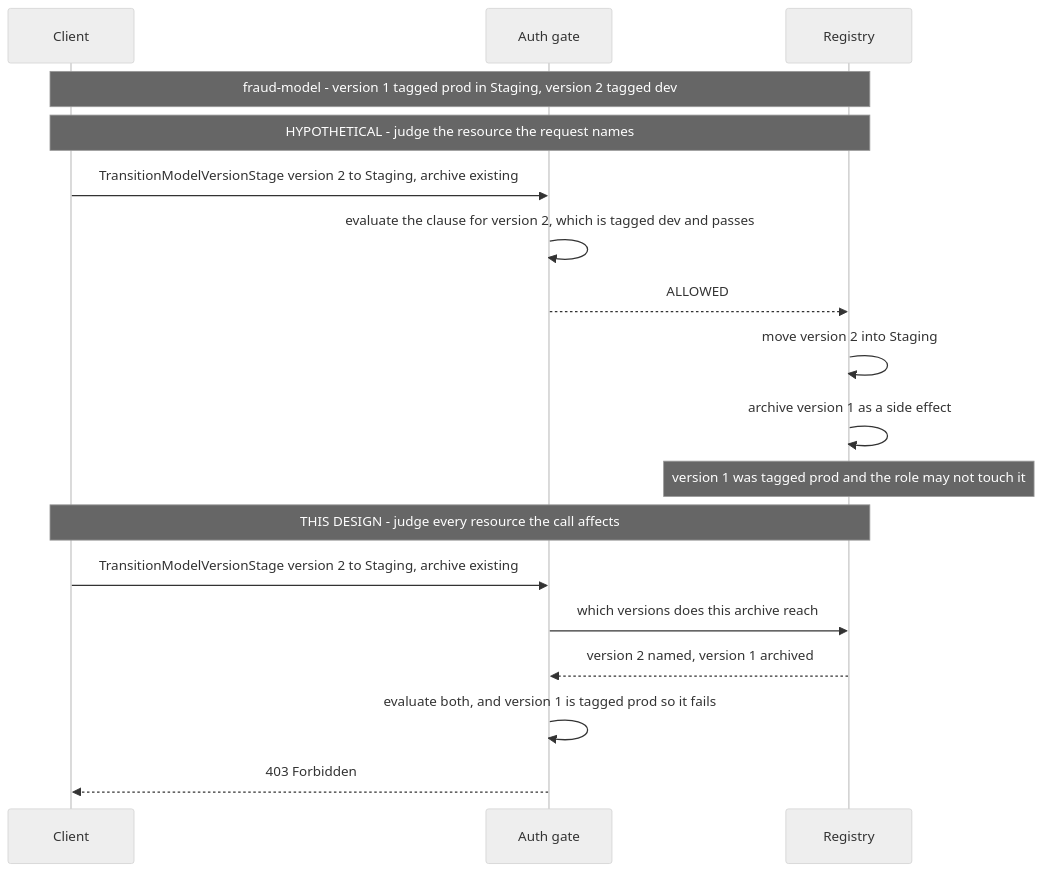
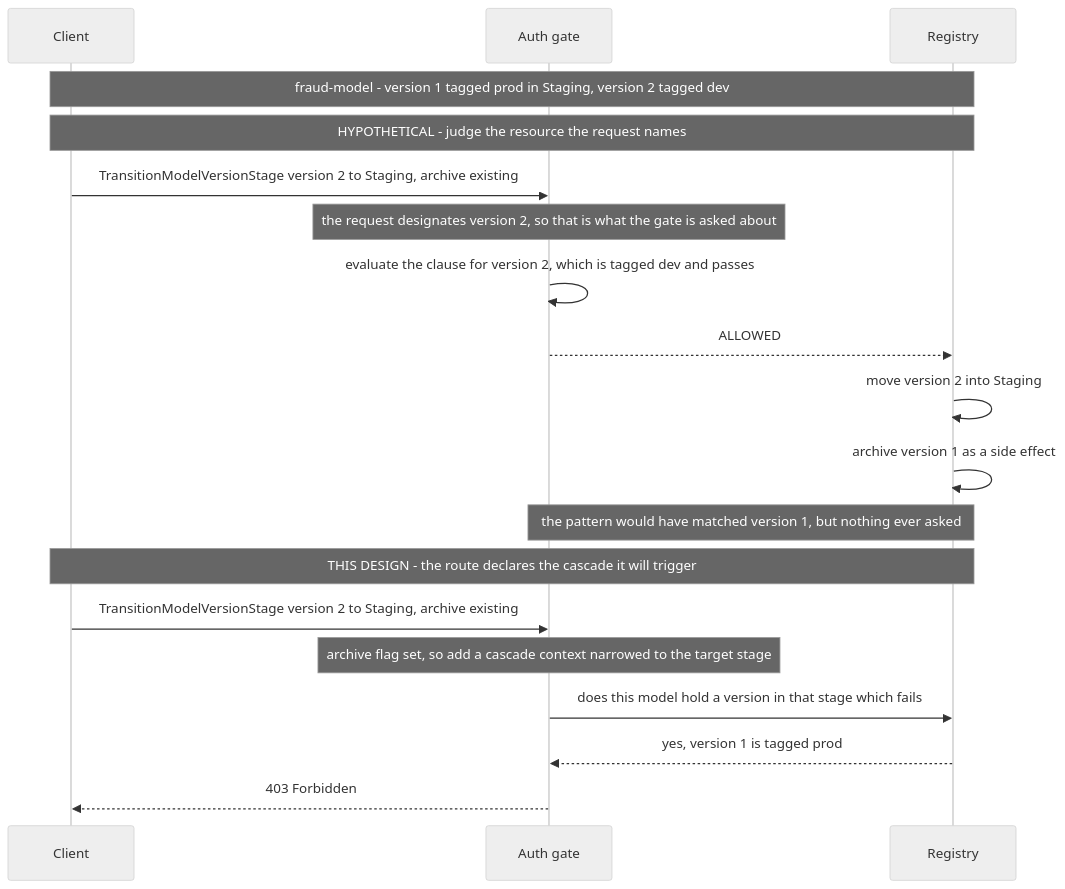
One commit to mlflow/rfcs changed the seventh of 8 diagrams in rfcs/0000-condition-based-access-control/0000-condition-based-access-control.md. Above: the diagram before and after it, drawn with Mermaid (neutral theme). The commit also changed other lines of this file, not shown here.

````diff
--- a/rfcs/0000-condition-based-access-control/0000-condition-based-access-control.md
+++ b/rfcs/0000-condition-based-access-control/0000-condition-based-access-control.md
@@ -865,23 +865,24 @@
 ```mermaid
 sequenceDiagram
     participant Client
     participant Gate as Auth gate
     participant Registry
 
     Note over Client,Registry: fraud-model - version 1 tagged prod in Staging, version 2 tagged dev
 
     Note over Client,Registry: HYPOTHETICAL - judge the resource the request names
     Client->>Gate: TransitionModelVersionStage version 2 to Staging, archive existing
+    Note over Gate: the request designates version 2, so that is what the gate is asked about
     Gate->>Gate: evaluate the clause for version 2, which is tagged dev and passes
     Gate-->>Registry: ALLOWED
     Registry->>Registry: move version 2 into Staging
     Registry->>Registry: archive version 1 as a side effect
-    Note over Registry: version 1 was tagged prod and the role may not touch it
+    Note over Gate,Registry: the pattern would have matched version 1, but nothing ever asked
 
-    Note over Client,Registry: THIS DESIGN - judge every resource the call affects
+    Note over Client,Registry: THIS DESIGN - the route declares the cascade it will trigger
     Client->>Gate: TransitionModelVersionStage version 2 to Staging, archive existing
-    Gate->>Registry: which versions does this archive reach
-    Registry-->>Gate: version 2 named, version 1 archived
-    Gate->>Gate: evaluate both, and version 1 is tagged prod so it fails
+    Note over Gate: archive flag set, so add a cascade context narrowed to the target stage
+    Gate->>Registry: does this model hold a version in that stage which fails
+    Registry-->>Gate: yes, version 1 is tagged prod
     Gate-->>Client: 403 Forbidden
 ```
````
